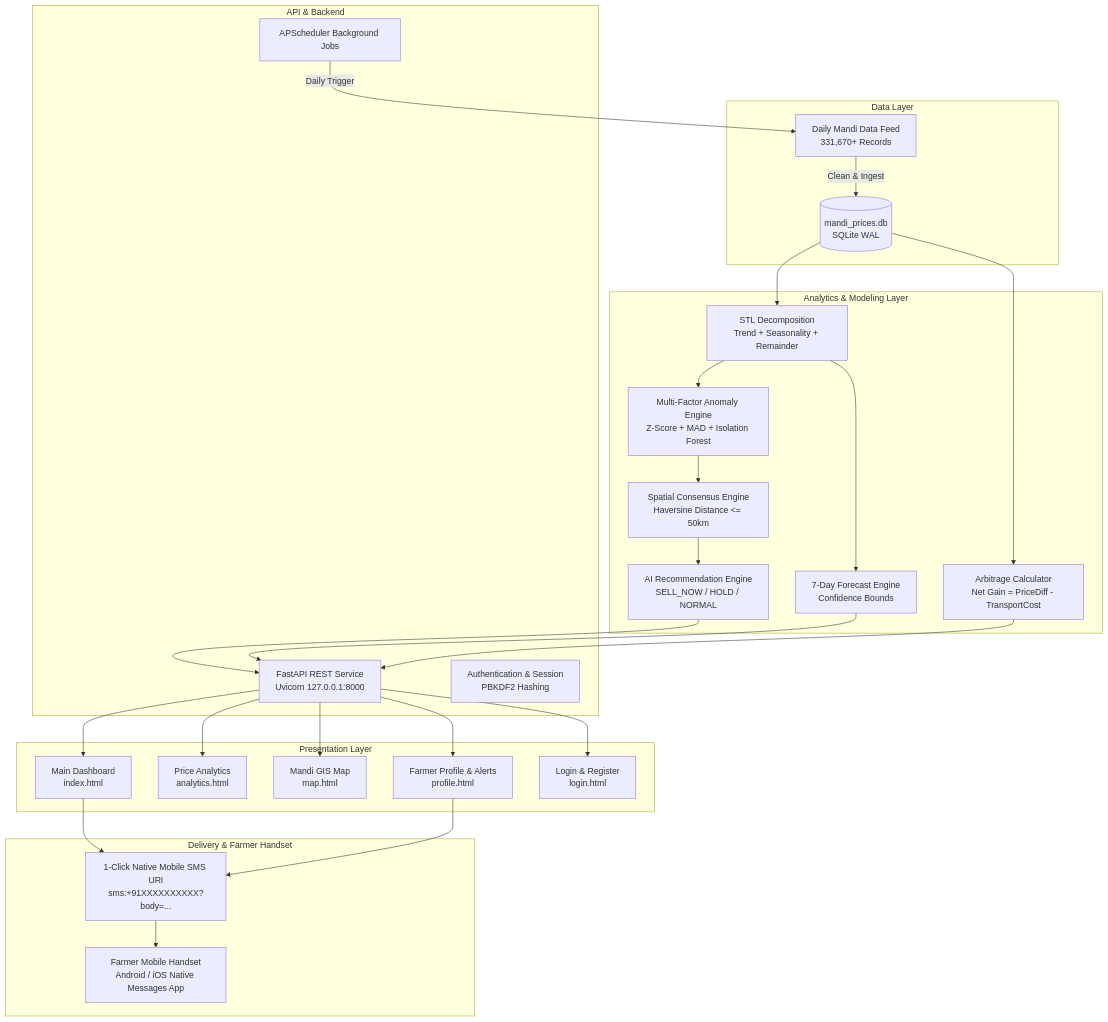
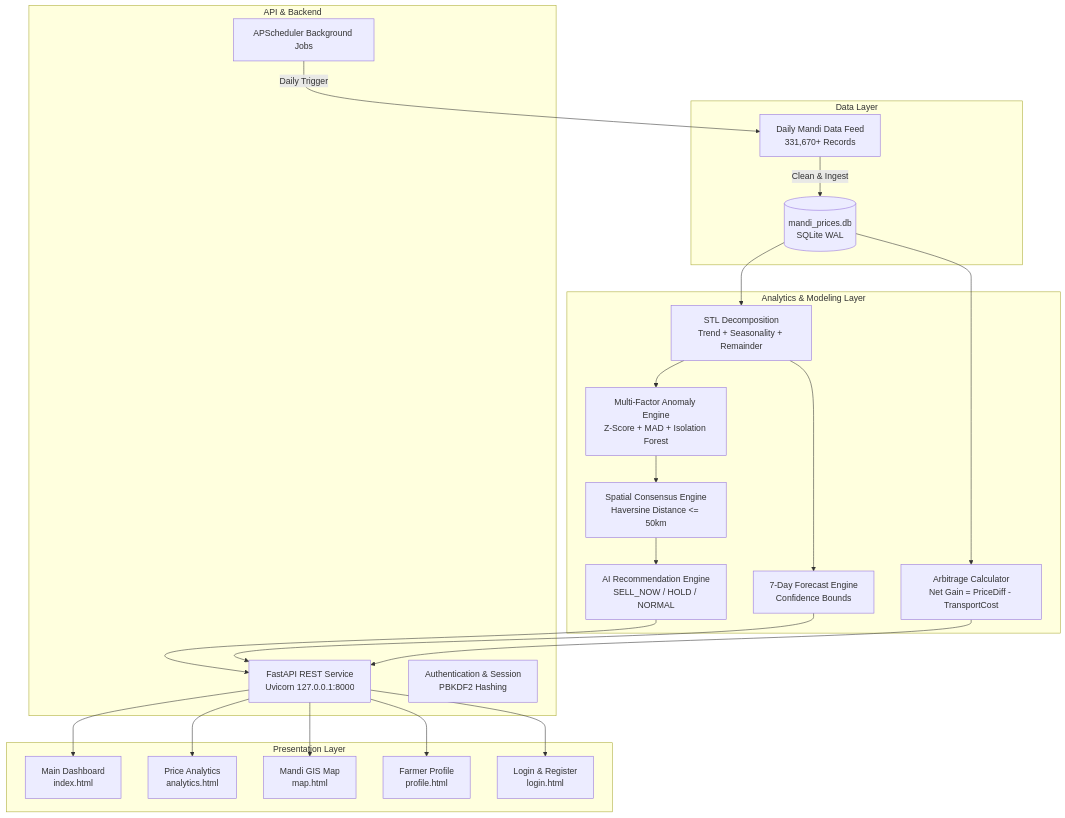
The diagram in PROJECT_DOCUMENTATION.md (sabaresh-K/FAIR-MANDI-TAMILNADU-CROP-PRICE-ANOMALY-DETECTION-ALERT-SYSTEM), drawn with Mermaid before and after one commit. The commit also changed other lines of this file and 9 other files, not shown here.

Commit message:
Refactor: Remove SMS modules, streamline farmer profile and responsive UI

````diff
--- a/PROJECT_DOCUMENTATION.md
+++ b/PROJECT_DOCUMENTATION.md
@@ -255,58 +236,49 @@
 ```mermaid
 flowchart TD
     subgraph Data Layer
         A1[(mandi_prices.db\nSQLite WAL)]
         A2[Daily Mandi Data Feed\n331,670+ Records]
         A2 -->|Clean & Ingest| A1
     end
 
     subgraph Analytics & Modeling Layer
         B1[STL Decomposition\nTrend + Seasonality + Remainder]
         B2[Multi-Factor Anomaly Engine\nZ-Score + MAD + Isolation Forest]
         B3[Spatial Consensus Engine\nHaversine Distance <= 50km]
         B4[AI Recommendation Engine\nSELL_NOW / HOLD / NORMAL]
         B5[Arbitrage Calculator\nNet Gain = PriceDiff - TransportCost]
         B6[7-Day Forecast Engine\nConfidence Bounds]
         
         A1 --> B1
         B1 --> B2
         B2 --> B3
         B3 --> B4
         A1 --> B5
         B1 --> B6
     end
 
     subgraph API & Backend
         C1[FastAPI REST Service\nUvicorn 127.0.0.1:8000]
         C2[Authentication & Session\nPBKDF2 Hashing]
         C3[APScheduler Background Jobs]
         
         B4 --> C1
         B5 --> C1
         B6 --> C1
         C3 -->|Daily Trigger| A2
     end
 
     subgraph Presentation Layer
         D1[Main Dashboard\nindex.html]
         D2[Price Analytics\nanalytics.html]
         D3[Mandi GIS Map\nmap.html]
-        D4[Farmer Profile & Alerts\nprofile.html]
+        D4[Farmer Profile\nprofile.html]
         D5[Login & Register\nlogin.html]
         
         C1 --> D1
         C1 --> D2
         C1 --> D3
         C1 --> D4
         C1 --> D5
     end
-
-    subgraph Delivery & Farmer Handset
-        E1[1-Click Native Mobile SMS URI\nsms:+91XXXXXXXXXX?body=...]
-        E2[Farmer Mobile Handset\nAndroid / iOS Native Messages App]
-        
-        D1 --> E1
-        D4 --> E1
-        E1 --> E2
-    end
 ```
````
